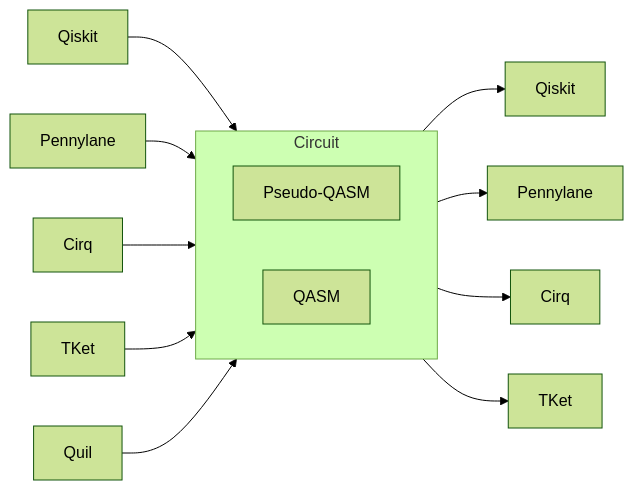
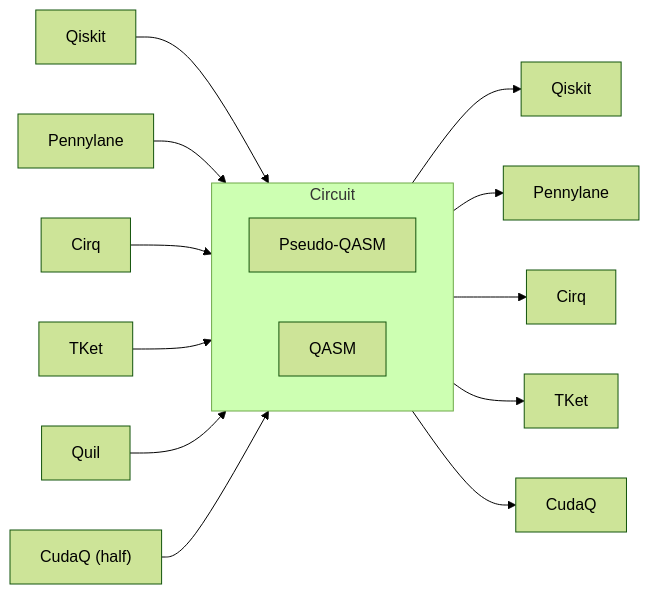
Before and after one commit to plutoniumm/abraxas: the diagram in Readme.md, drawn with Mermaid (forest theme). The commit also changed other lines of this file and 8 other files, not shown here.

````diff
--- a/Readme.md
+++ b/Readme.md
@@ -138,18 +44,20 @@
 ```mermaid
 graph LR
   subgraph Circuit
     direction LR
     IR[Pseudo-QASM]
     IR2[QASM]
   end
   A0[Qiskit] --> Circuit
   B0[Pennylane] --> Circuit
   C0[Cirq] --> Circuit
   D0[TKet] --> Circuit
   E0[Quil] --> Circuit
+  F0["CudaQ (half)"] --> Circuit
 
   Circuit --> A1[Qiskit]
   Circuit --> B1[Pennylane]
   Circuit --> C1[Cirq]
   Circuit --> D1[TKet]
+  Circuit --> F1[CudaQ]
 ```
````
